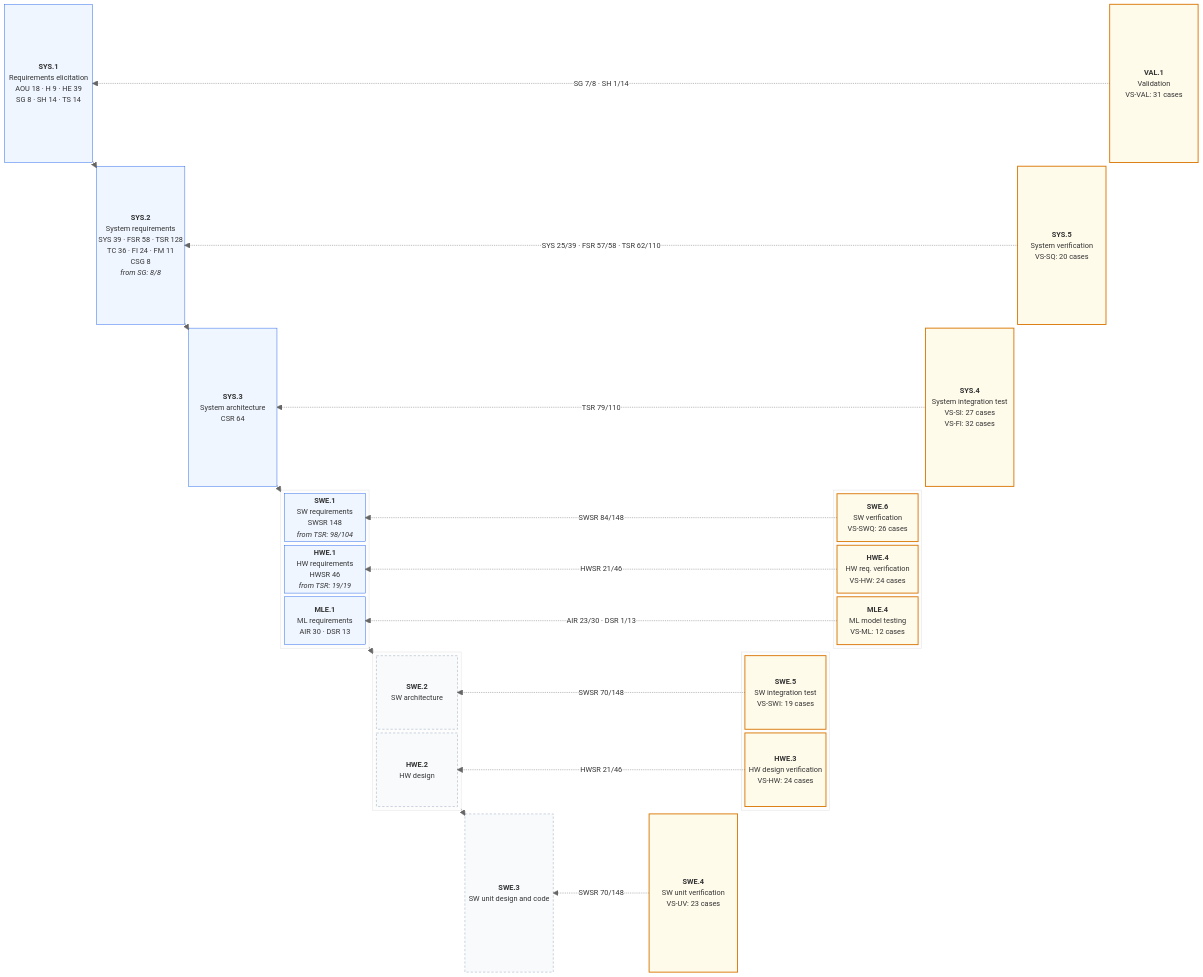
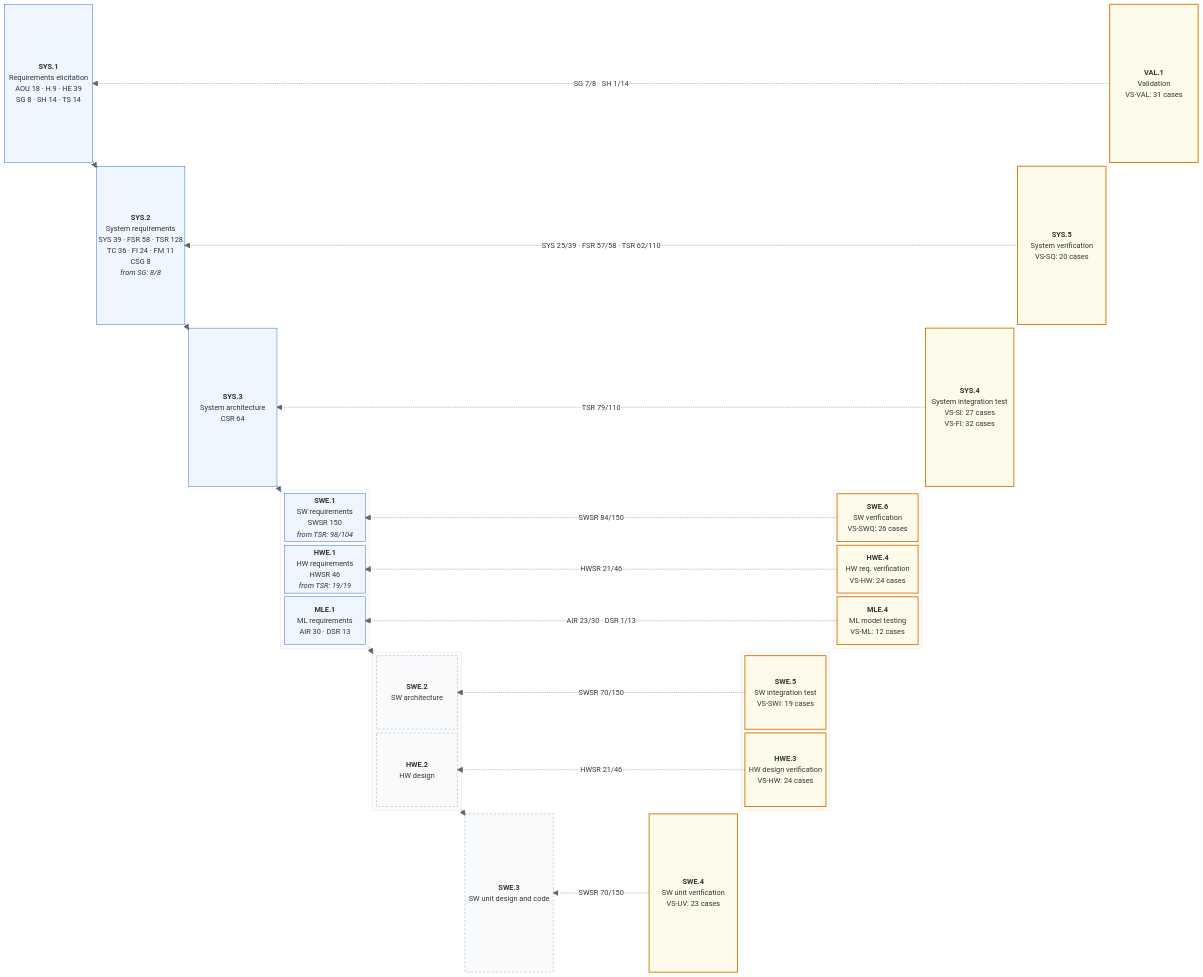
The first of 2 diagrams in assurance/trace/maps/aspice-trace-map.md (jherrodthomas/LionDriver), drawn with Mermaid (neutral theme) before and after one commit. The commit also changed other lines of this file and 23 other files, not shown here.

```diff
--- a/assurance/trace/maps/aspice-trace-map.md
+++ b/assurance/trace/maps/aspice-trace-map.md
@@ -66,7 +66,7 @@
   space
   block:L3
     columns 1
-    SWE1["<b>SWE.1</b><br/>SW requirements<br/>SWSR 148<br/><i>from TSR: 98/104</i>"]
+    SWE1["<b>SWE.1</b><br/>SW requirements<br/>SWSR 150<br/><i>from TSR: 98/104</i>"]
     HWE1["<b>HWE.1</b><br/>HW requirements<br/>HWSR 46<br/><i>from TSR: 19/19</i>"]
     MLE1["<b>MLE.1</b><br/>ML requirements<br/>AIR 30 · DSR 13"]
   end
@@ -126,12 +126,12 @@
   VAL1 -. "SG 7/8 · SH 1/14" .-> SYS1
   SYS5 -. "SYS 25/39 · FSR 57/58 · TSR 62/110" .-> SYS2
   SYS4 -. "TSR 79/110" .-> SYS3
-  SWE6 -. "SWSR 84/148" .-> SWE1
+  SWE6 -. "SWSR 84/150" .-> SWE1
   HWE4 -. "HWSR 21/46" .-> HWE1
   MLE4 -. "AIR 23/30 · DSR 1/13" .-> MLE1
-  SWE5 -. "SWSR 70/148" .-> SWE2
+  SWE5 -. "SWSR 70/150" .-> SWE2
   HWE3 -. "HWSR 21/46" .-> HWE2
-  SWE4 -. "SWSR 70/148" .-> SWE3
+  SWE4 -. "SWSR 70/150" .-> SWE3
   style VAL1 fill:#FFFBEB,stroke:#D97706,stroke-width:2px
   style SYS5 fill:#FFFBEB,stroke:#D97706,stroke-width:2px
   style SYS4 fill:#FFFBEB,stroke:#D97706,stroke-width:2px
```
